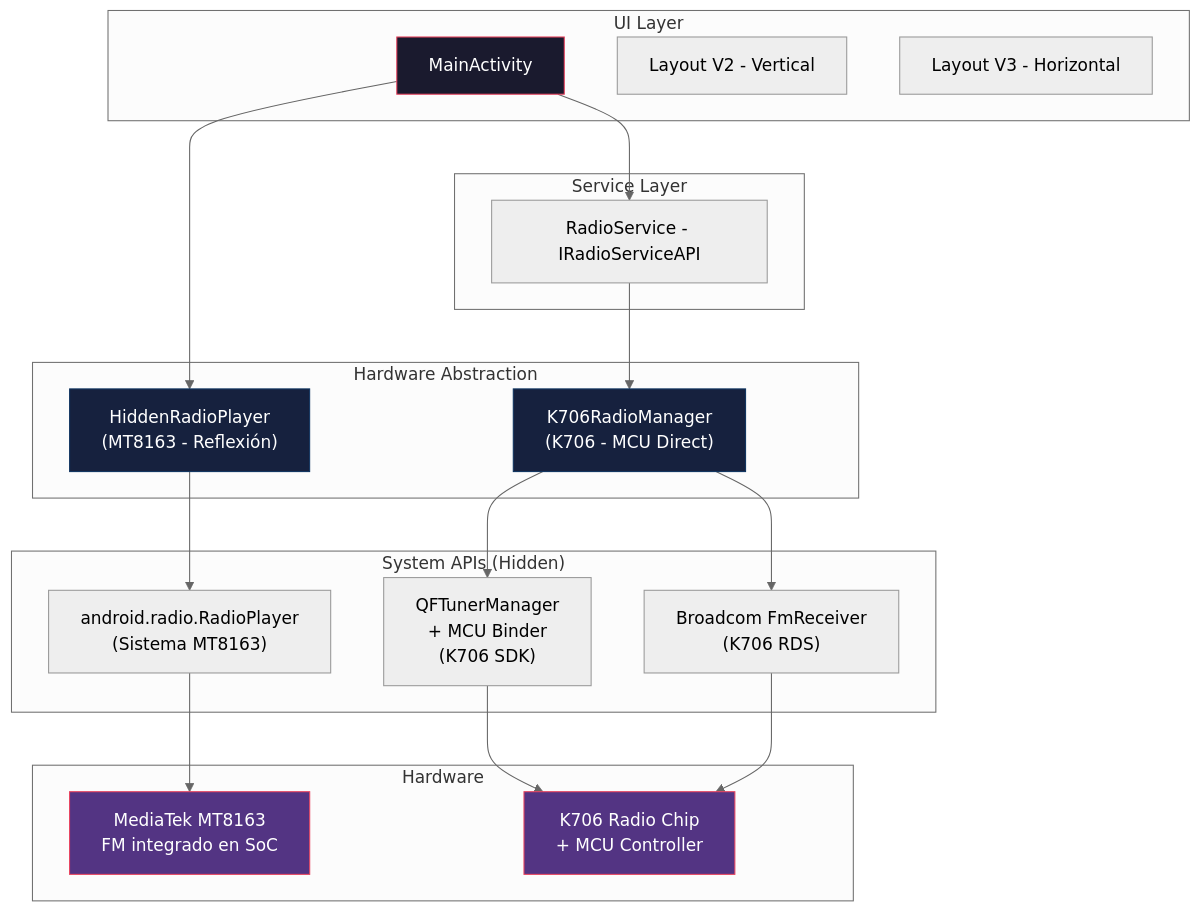
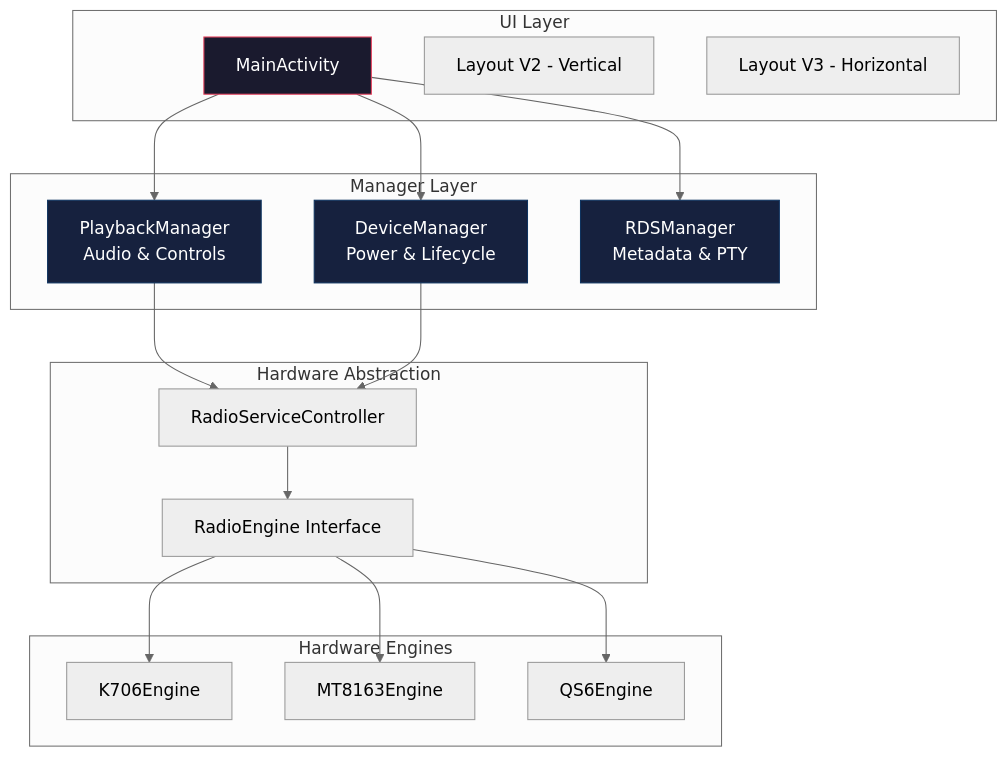
One commit to kapi21/OpenRadioFM changed the diagram in README.md. Above: the diagram before and after it, drawn with Mermaid (neutral theme). The commit also changed other lines of this file and 21 other files, not shown here.

First line of the commit message:
V5.5.0: Manager Architecture & RDS PS Substitution 🚀

````diff
--- a/README.md
+++ b/README.md
@@ -49,44 +49,40 @@
 ```mermaid
 graph TB
     subgraph "UI Layer"
         MA[MainActivity]
         L2[Layout V2 - Vertical]
         L3[Layout V3 - Horizontal]
     end
 
-    subgraph "Service Layer"
-        RS[RadioService - IRadioServiceAPI]
+    subgraph "Manager Layer"
+        PM[PlaybackManager<br/>Audio & Controls]
+        DM[DeviceManager<br/>Power & Lifecycle]
+        RM[RDSManager<br/>Metadata & PTY]
     end
 
     subgraph "Hardware Abstraction"
-        HRP["HiddenRadioPlayer<br/>(MT8163 - Reflexión)"]
-        K706["K706RadioManager<br/>(K706 - MCU Direct)"]
+        RS[RadioServiceController]
+        RE[RadioEngine Interface]
     end
 
-    subgraph "System APIs (Hidden)"
-        RP["android.radio.RadioPlayer<br/>(Sistema MT8163)"]
-        MCU["QFTunerManager<br/>+ MCU Binder<br/>(K706 SDK)"]
-        BC["Broadcom FmReceiver<br/>(K706 RDS)"]
+    subgraph "Hardware Engines"
+        K706[K706Engine]
+        MT[MT8163Engine]
+        QS[QS6Engine]
     end
 
-    subgraph "Hardware"
-        MT["MediaTek MT8163<br/>FM integrado en SoC"]
-        QF["K706 Radio Chip<br/>+ MCU Controller"]
-    end
-
-    MA --> RS
-    MA --> HRP
-    RS --> K706
-    HRP --> RP
-    K706 --> MCU
-    K706 --> BC
-    RP --> MT
-    MCU --> QF
-    BC --> QF
+    MA --> PM
+    MA --> DM
+    MA --> RM
+    PM --> RS
+    DM --> RS
+    RS --> RE
+    RE --> K706
+    RE --> MT
+    RE --> QS
 
     style MA fill:#1a1a2e,stroke:#e94560,color:#fff
-    style HRP fill:#16213e,stroke:#0f3460,color:#fff
-    style K706 fill:#16213e,stroke:#0f3460,color:#fff
-    style MT fill:#533483,stroke:#e94560,color:#fff
-    style QF fill:#533483,stroke:#e94560,color:#fff
+    style PM fill:#16213e,stroke:#0f3460,color:#fff
+    style DM fill:#16213e,stroke:#0f3460,color:#fff
+    style RM fill:#16213e,stroke:#0f3460,color:#fff
 ```
````
